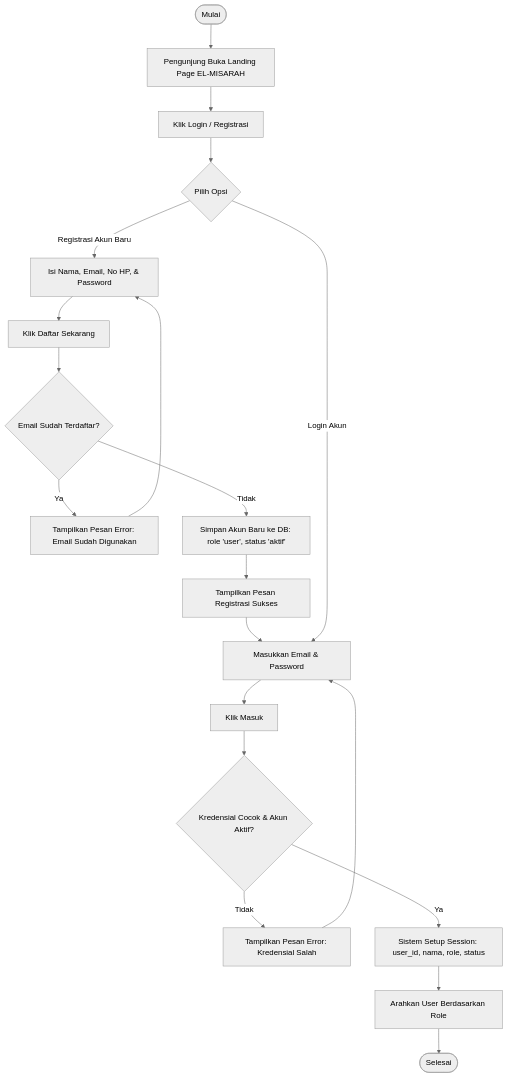
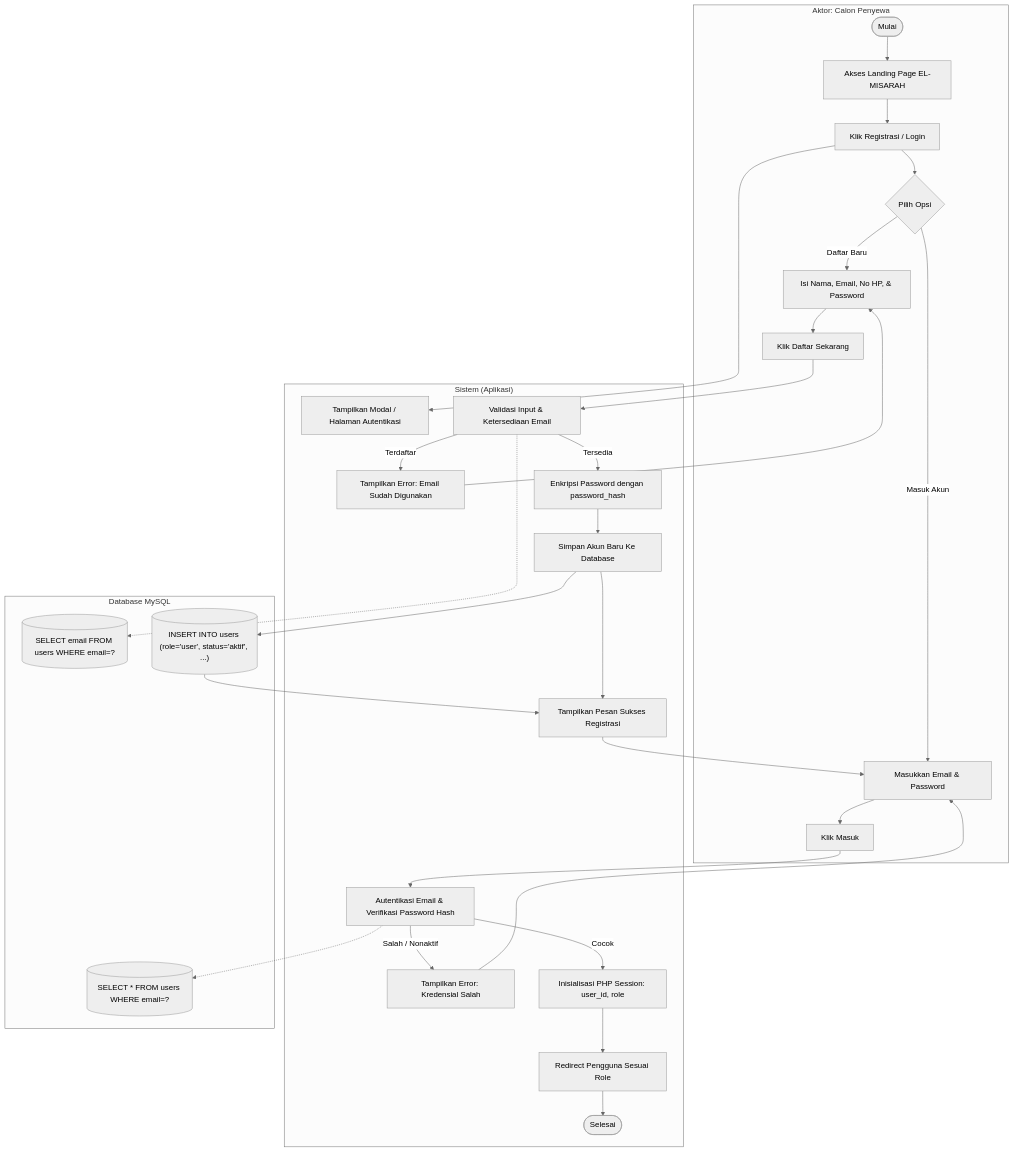
One commit to Raflysaputra20/EL-MISARAH changed the eighth of 10 diagrams in activity_diagrams.md. Above: the diagram before and after it, drawn with Mermaid (neutral theme). The commit also changed other lines of this file and 2 other files, not shown here.

````diff
--- a/activity_diagrams.md
+++ b/activity_diagrams.md
@@ -227,24 +346,44 @@
 ```mermaid
-flowchart TD
-    Start([Mulai]) --> AksesWeb[Pengunjung Buka Landing Page EL-MISARAH]
-    AksesWeb --> BukaModalAuth[Klik Login / Registrasi]
-    BukaModalAuth --> PilihAksi{Pilih Opsi}
+flowchart TB
+    subgraph Aktor ["Aktor: Calon Penyewa"]
+        Start3_1([Mulai]) --> AksesWeb3_1[Akses Landing Page EL-MISARAH]
+        AksesWeb3_1 --> KlikAuth3_1[Klik Registrasi / Login]
+        KlikAuth3_1 --> PilihOpsi3_1{Pilih Opsi}
+        
+        %% Registrasi
+        PilihOpsi3_1 -- Daftar Baru --> FormDaftar3_1[Isi Nama, Email, No HP, & Password]
+        FormDaftar3_1 --> KlikDaftar3_1[Klik Daftar Sekarang]
+        
+        %% Login
+        PilihOpsi3_1 -- Masuk Akun --> FormLogin3_1[Masukkan Email & Password]
+        FormLogin3_1 --> KlikMasuk3_1[Klik Masuk]
+    end
     
-    %% Registrasi
-    PilihAksi -- Registrasi Akun Baru --> FormDaftar[Isi Nama, Email, No HP, & Password]
-    FormDaftar --> SubmitDaftar[Klik Daftar Sekarang]
-    SubmitDaftar --> ValidasiEmail{Email Sudah Terdaftar?}
-    ValidasiEmail -- Ya --> NotifEmailGanda[Tampilkan Pesan Error: Email Sudah Digunakan] --> FormDaftar
-    ValidasiEmail -- Tidak --> SimpanUserDB[Simpan Akun Baru ke DB: role 'user', status 'aktif']
-    SimpanUserDB --> SuksesDaftar[Tampilkan Pesan Registrasi Sukses] --> FormLogin
+    subgraph Sistem ["Sistem (Aplikasi)"]
+        KlikAuth3_1 --> TampilkanModal3_1[Tampilkan Modal / Halaman Autentikasi]
+        KlikDaftar3_1 --> CekDuplikasi3_1[Validasi Input & Ketersediaan Email]
+        CekDuplikasi3_1 -- Terdaftar --> NotifGanda3_1[Tampilkan Error: Email Sudah Digunakan]
+        NotifGanda3_1 --> FormDaftar3_1
+        
+        CekDuplikasi3_1 -- Tersedia --> HashPassword3_1[Enkripsi Password dengan password_hash]
+        HashPassword3_1 --> BuatAkun3_1[Simpan Akun Baru Ke Database]
+        BuatAkun3_1 --> SuksesDaftar3_1[Tampilkan Pesan Sukses Registrasi]
+        SuksesDaftar3_1 --> FormLogin3_1
+        
+        KlikMasuk3_1 --> VerifikasiKredensial3_1[Autentikasi Email & Verifikasi Password Hash]
+        VerifikasiKredensial3_1 -- Salah / Nonaktif --> NotifGagal3_1[Tampilkan Error: Kredensial Salah]
+        NotifGagal3_1 --> FormLogin3_1
+        
+        VerifikasiKredensial3_1 -- Cocok --> SetSession3_1[Inisialisasi PHP Session: user_id, role]
+        SetSession3_1 --> RedirectRole3_1[Redirect Pengguna Sesuai Role]
+        RedirectRole3_1 --> End3_1([Selesai])
+    end
     
-    %% Login
-    PilihAksi -- Login Akun --> FormLogin[Masukkan Email & Password]
-    FormLogin --> SubmitLogin[Klik Masuk]
-    SubmitLogin --> Autentikasi{Kredensial Cocok & Akun Aktif?}
-    Autentikasi -- Tidak --> NotifGagalLogin[Tampilkan Pesan Error: Kredensial Salah] --> FormLogin
-    Autentikasi -- Ya --> SetSession[Sistem Setup Session: user_id, nama, role, status]
-    
-    SetSession --> RedirectRole[Arahkan User Berdasarkan Role]
-    RedirectRole --> End([Selesai])
+    subgraph Database ["Database MySQL"]
+        CekDuplikasi3_1 -.-> DBQueryEmail3_1[("SELECT email FROM users WHERE email=?")]
+        BuatAkun3_1 --> DBInsertUser3_1[("INSERT INTO users (role='user', status='aktif', ...)")]
+        VerifikasiKredensial3_1 -.-> DBQueryAuth3_1[("SELECT * FROM users WHERE email=?")]
+        
+        DBInsertUser3_1 --> SuksesDaftar3_1
+    end
 ```
````
